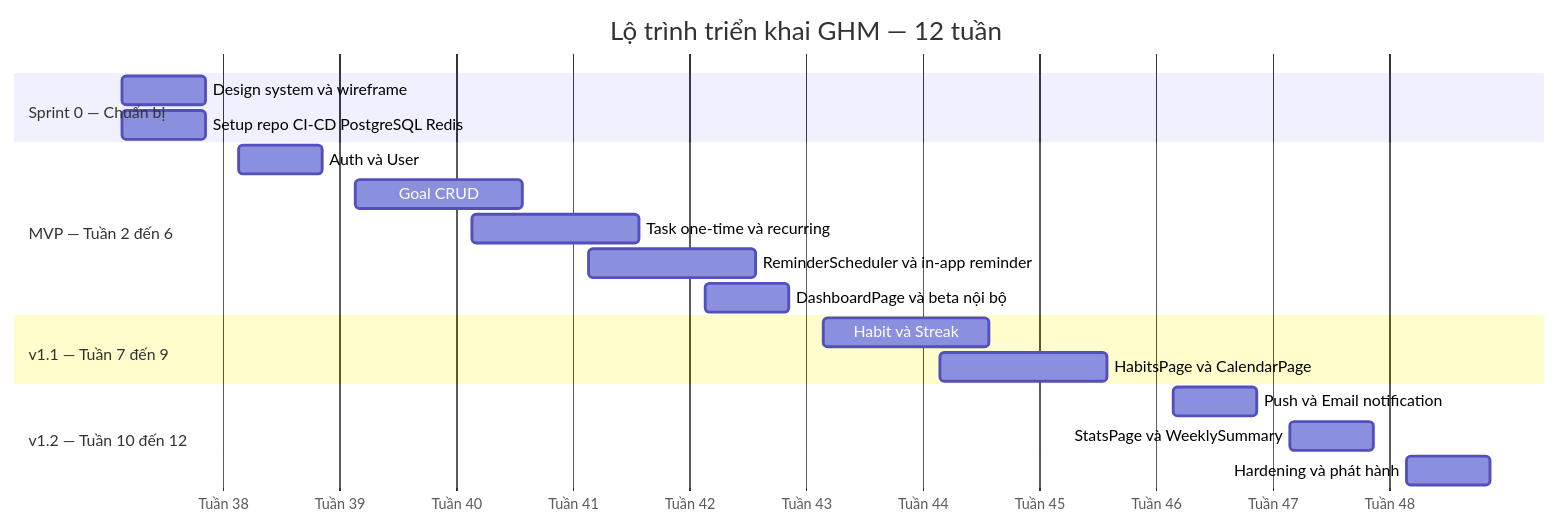
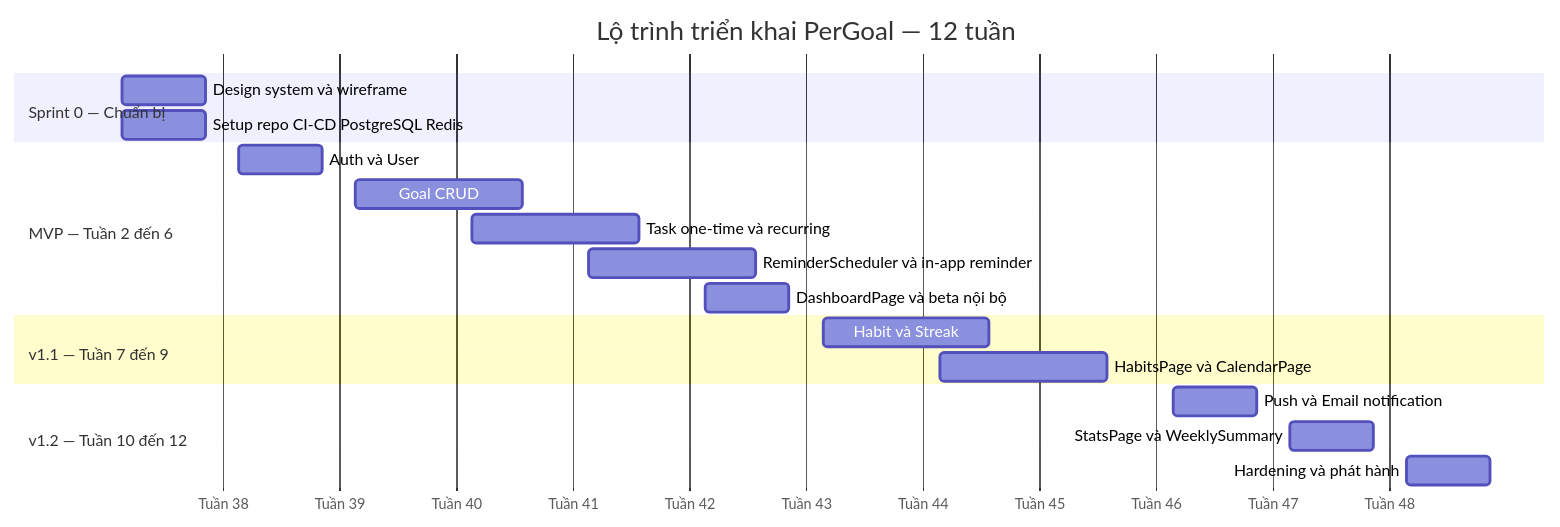
The first of 2 diagrams in graphify-out/workflow/06-lo-trinh-trien-khai.md (Musual-Moncra/MH-OOAD), drawn with Mermaid before and after one commit. The commit also changed other lines of this file and 11 other files, not shown here.

Commit message:
Rename project to PerGoal and remove General Markdown.md

````diff
--- a/graphify-out/workflow/06-lo-trinh-trien-khai.md
+++ b/graphify-out/workflow/06-lo-trinh-trien-khai.md
@@ -108,26 +108,26 @@
 ```mermaid
 gantt
-    title Lộ trình triển khai GHM — 12 tuần
+    title Lộ trình triển khai PerGoal — 12 tuần
     dateFormat YYYY-MM-DD
     axisFormat Tuần %W
 
     section Sprint 0 — Chuẩn bị
     Design system và wireframe :s0a, 2026-09-21, 5d
     Setup repo CI-CD PostgreSQL Redis :s0b, 2026-09-21, 5d
 
     section MVP — Tuần 2 đến 6
     Auth và User :mvp1, 2026-09-28, 5d
     Goal CRUD :mvp2, 2026-10-05, 10d
     Task one-time và recurring :mvp3, 2026-10-12, 10d
     ReminderScheduler và in-app reminder :mvp4, 2026-10-19, 10d
     DashboardPage và beta nội bộ :mvp5, 2026-10-26, 5d
 
     section v1.1 — Tuần 7 đến 9
     Habit và Streak :v11a, 2026-11-02, 10d
     HabitsPage và CalendarPage :v11b, 2026-11-09, 10d
 
     section v1.2 — Tuần 10 đến 12
     Push và Email notification :v12a, 2026-11-23, 5d
     StatsPage và WeeklySummary :v12b, 2026-11-30, 5d
     Hardening và phát hành :v12c, 2026-12-07, 5d
 ```
````
